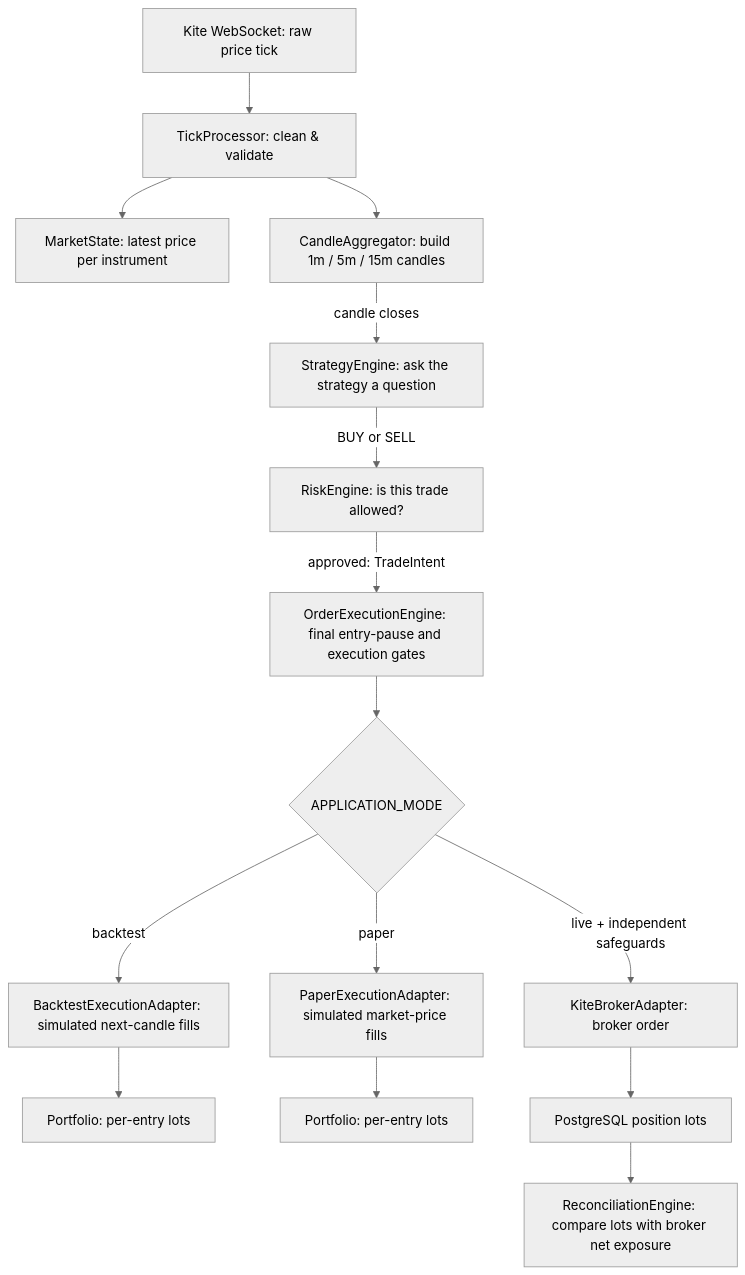
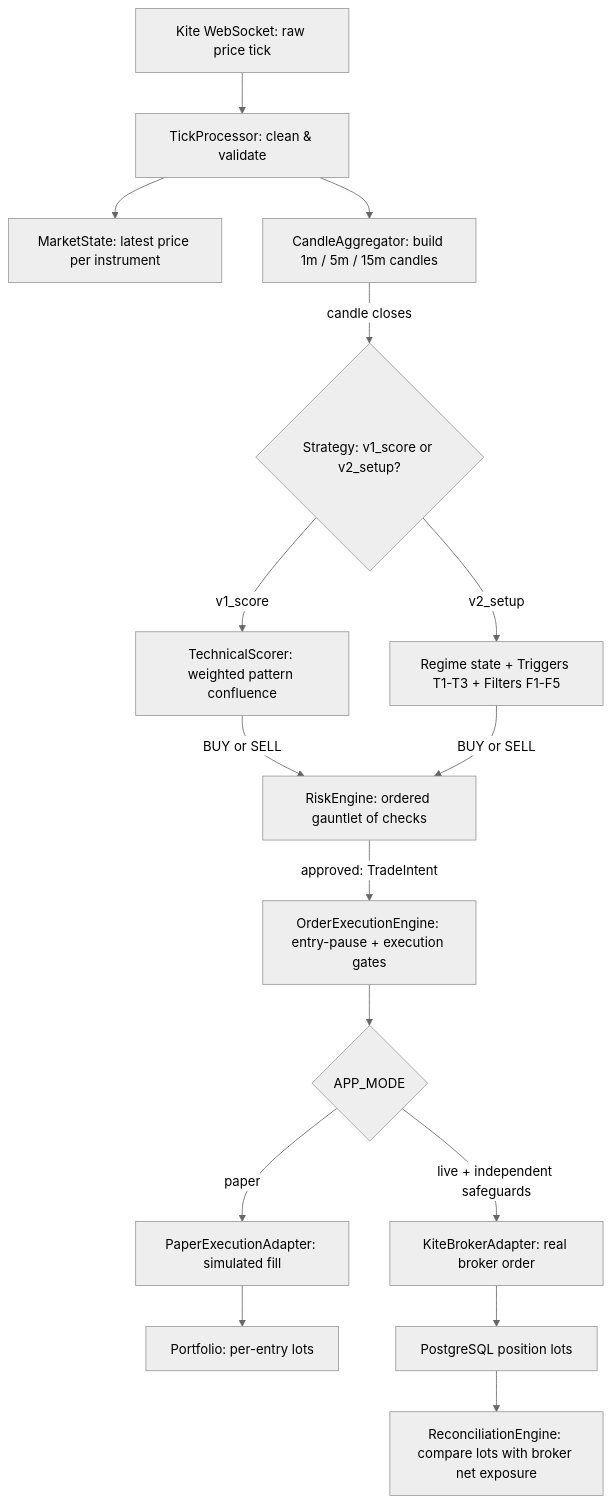
Before and after one commit to VictorG1422/docs: the second of 6 diagrams in docs/trading-platform/flow-and-examples.md, drawn with Mermaid (neutral theme). The commit also changed other lines of this file and 35 other files, not shown here.

````diff
--- a/docs/trading-platform/flow-and-examples.md
+++ b/docs/trading-platform/flow-and-examples.md
@@ -71,17 +63,18 @@
 ```mermaid
 flowchart TD
     A[Kite WebSocket: raw price tick] --> B[TickProcessor: clean & validate]
     B --> C[MarketState: latest price per instrument]
     B --> D[CandleAggregator: build 1m / 5m / 15m candles]
-    D -->|candle closes| E[StrategyEngine: ask the strategy a question]
-    E -->|BUY or SELL| F[RiskEngine: is this trade allowed?]
-    F -->|approved: TradeIntent| G[OrderExecutionEngine: final entry-pause and execution gates]
-    G --> H{APPLICATION_MODE}
-    H -->|backtest| I[BacktestExecutionAdapter: simulated next-candle fills]
-    H -->|paper| J[PaperExecutionAdapter: simulated market-price fills]
-    H -->|live + independent safeguards| K[KiteBrokerAdapter: broker order]
-    I --> L[Portfolio: per-entry lots]
-    J --> M[Portfolio: per-entry lots]
-    K --> N[PostgreSQL position lots]
-    N --> O[ReconciliationEngine: compare lots with broker net exposure]
+    D -->|candle closes| E{Strategy: v1_score or v2_setup?}
+    E -->|v1_score| F1[TechnicalScorer: weighted pattern confluence]
+    E -->|v2_setup| F2[Regime state + Triggers T1-T3 + Filters F1-F5]
+    F1 -->|BUY or SELL| G[RiskEngine: ordered gauntlet of checks]
+    F2 -->|BUY or SELL| G
+    G -->|approved: TradeIntent| H[OrderExecutionEngine: entry-pause + execution gates]
+    H --> I{APP_MODE}
+    I -->|paper| J[PaperExecutionAdapter: simulated fill]
+    I -->|live + independent safeguards| K[KiteBrokerAdapter: real broker order]
+    J --> L[Portfolio: per-entry lots]
+    K --> M[PostgreSQL position lots]
+    M --> N[ReconciliationEngine: compare lots with broker net exposure]
 ```
````
